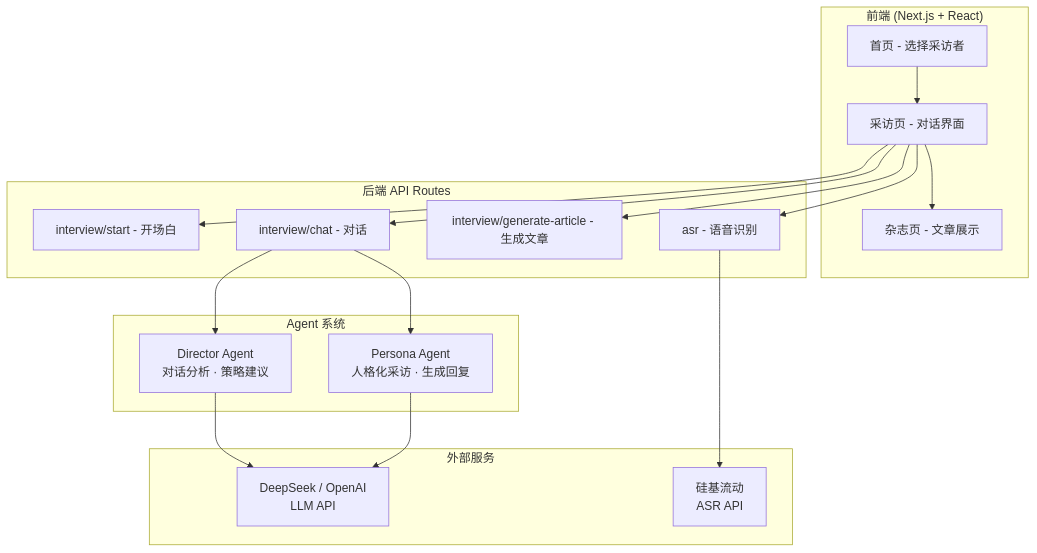
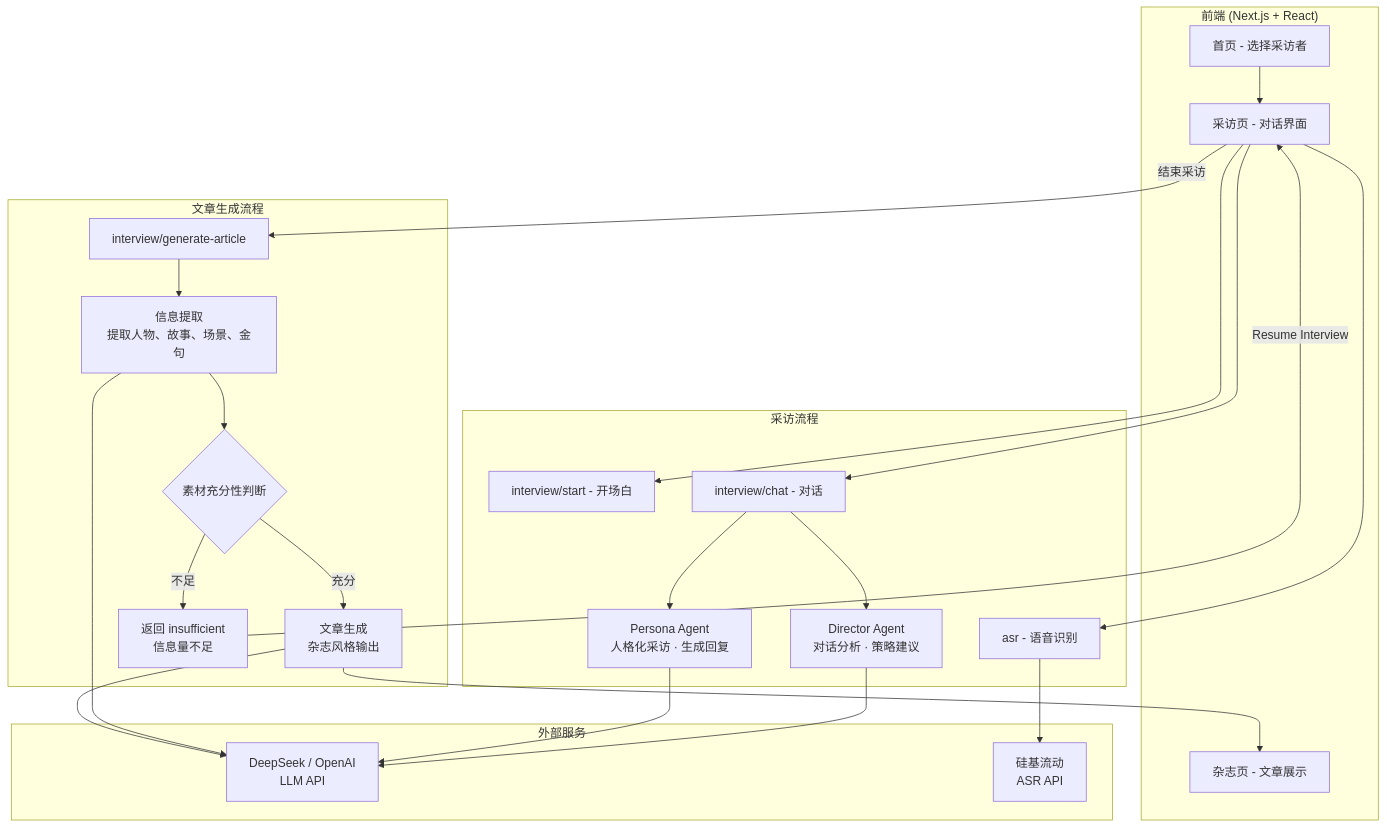
Before and after one commit to Lucia-law/wetales: the first of 2 diagrams in README.md, drawn with Mermaid.

Commit message:
fix: 完善架构图，添加文章生成流程

````diff
--- a/README.md
+++ b/README.md
@@ -19,34 +19,48 @@
 ```mermaid
 graph TB
     subgraph Frontend["前端 (Next.js + React)"]
-        A["首页 - 选择采访者"] --> B["采访页 - 对话界面"]
-        B --> C["杂志页 - 文章展示"]
+        A["首页 - 选择采访者"]
+        B["采访页 - 对话界面"]
+        C["杂志页 - 文章展示"]
     end
 
-    subgraph API["后端 API Routes"]
+    subgraph InterviewFlow["采访流程"]
         D["interview/start - 开场白"]
         E["interview/chat - 对话"]
-        F["interview/generate-article - 生成文章"]
-        G["asr - 语音识别"]
+        F["asr - 语音识别"]
+        G["Director Agent<br/>对话分析 · 策略建议"]
+        H["Persona Agent<br/>人格化采访 · 生成回复"]
     end
 
-    subgraph Agents["Agent 系统"]
-        H["Director Agent<br/>对话分析 · 策略建议"]
-        I["Persona Agent<br/>人格化采访 · 生成回复"]
+    subgraph ArticleFlow["文章生成流程"]
+        I["interview/generate-article"]
+        J["信息提取<br/>提取人物、故事、场景、金句"]
+        K{"素材充分性判断"}
+        L["文章生成<br/>杂志风格输出"]
+        M["返回 insufficient<br/>信息量不足"]
     end
 
     subgraph External["外部服务"]
-        J["DeepSeek / OpenAI<br/>LLM API"]
-        K["硅基流动<br/>ASR API"]
+        N["DeepSeek / OpenAI<br/>LLM API"]
+        O["硅基流动<br/>ASR API"]
     end
 
+    A --> B
     B --> D
     B --> E
     B --> F
-    B --> G
+    E --> G
     E --> H
-    E --> I
-    H --> J
+    G --> N
+    H --> N
+    F --> O
+    B -->|"结束采访"| I
     I --> J
-    G --> K
+    J --> N
+    J --> K
+    K -->|"充分"| L
+    K -->|"不足"| M
+    L --> N
+    L --> C
+    M -->|"Resume Interview"| B
 ```
````
